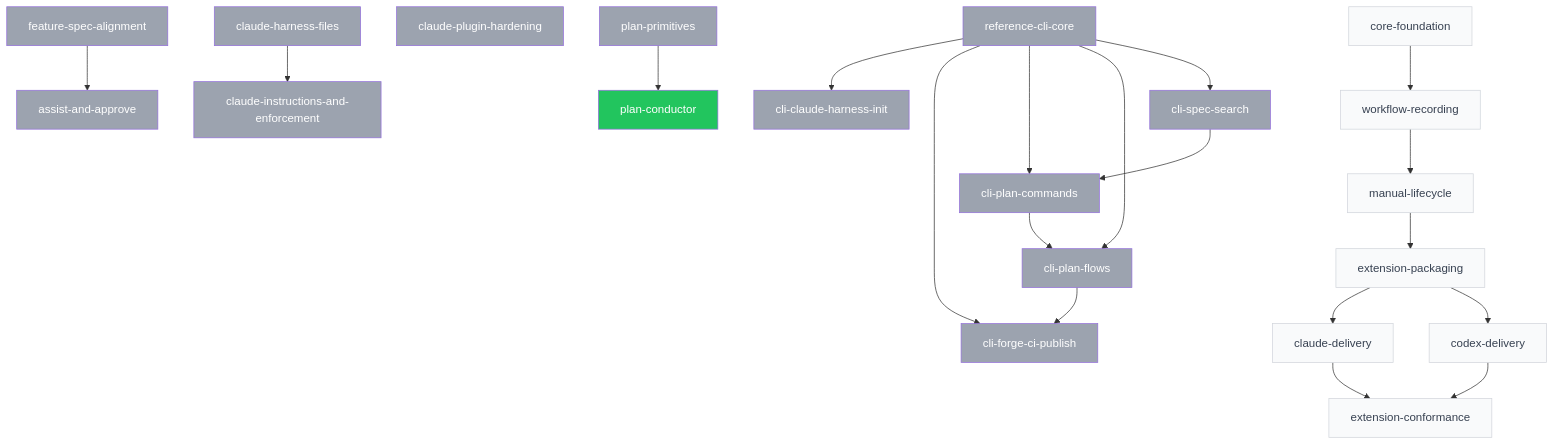
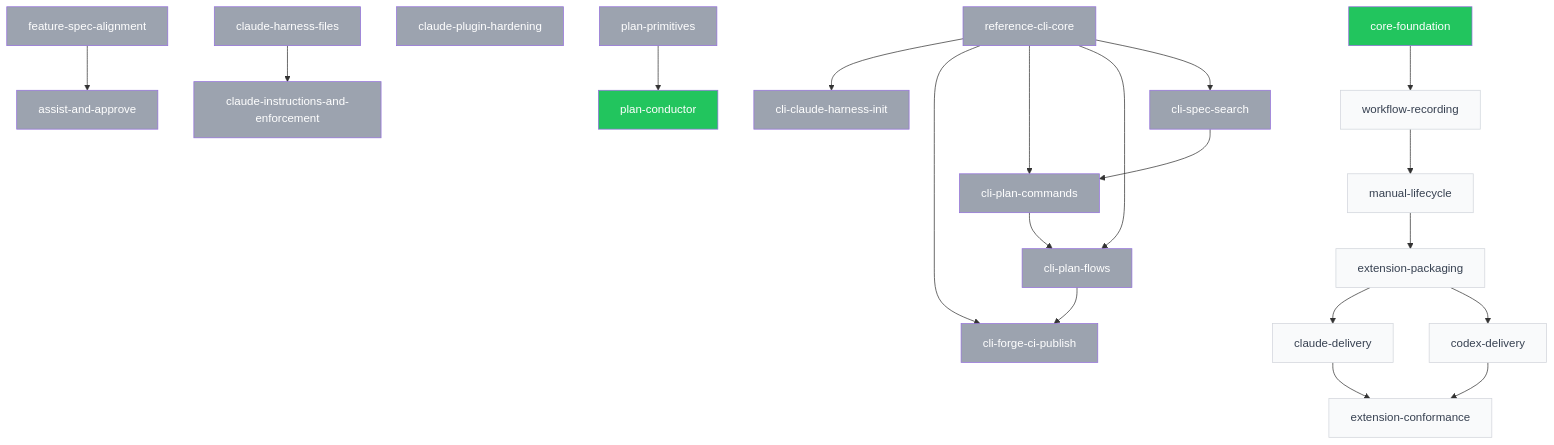
One commit to SpiralSky/specplane changed the diagram in plans/PLANS.md. Above: the diagram before and after it, drawn with Mermaid. The commit also changed other lines of this file and 1 other file, not shown here.

Commit message:
docs(2026-11-01-core-foundation): approve plan
Specplane-Workflow: approve
Specplane-Agent: codex

````diff
--- a/plans/PLANS.md
+++ b/plans/PLANS.md
@@ -37,48 +37,48 @@
 ```mermaid
 graph TD
     p_2026_10_28_reference_cli_core[reference-cli-core]:::done
     p_2026_10_29_assist_and_approve[assist-and-approve]:::done
     p_2026_10_29_claude_harness_files[claude-harness-files]:::done
     p_2026_10_29_claude_instructions_and_enforcement[claude-instructions-and-enforcement]:::done
     p_2026_10_29_claude_plugin_hardening[claude-plugin-hardening]:::done
     p_2026_10_29_cli_claude_harness_init[cli-claude-harness-init]:::done
     p_2026_10_29_cli_forge_ci_publish[cli-forge-ci-publish]:::done
     p_2026_10_29_cli_plan_commands[cli-plan-commands]:::done
     p_2026_10_29_cli_plan_flows[cli-plan-flows]:::done
     p_2026_10_29_cli_spec_search[cli-spec-search]:::done
     p_2026_10_29_feature_spec_alignment[feature-spec-alignment]:::done
     p_2026_10_30_plan_conductor[plan-conductor]:::ready
     p_2026_10_30_plan_primitives[plan-primitives]:::done
     p_2026_11_01_claude_delivery[claude-delivery]:::draft
     p_2026_11_01_codex_delivery[codex-delivery]:::draft
-    p_2026_11_01_core_foundation[core-foundation]:::draft
+    p_2026_11_01_core_foundation[core-foundation]:::ready
     p_2026_11_01_extension_conformance[extension-conformance]:::draft
     p_2026_11_01_extension_packaging[extension-packaging]:::draft
     p_2026_11_01_manual_lifecycle[manual-lifecycle]:::draft
     p_2026_11_01_workflow_recording[workflow-recording]:::draft
     p_2026_10_29_feature_spec_alignment --> p_2026_10_29_assist_and_approve
     p_2026_10_29_claude_harness_files --> p_2026_10_29_claude_instructions_and_enforcement
     p_2026_10_28_reference_cli_core --> p_2026_10_29_cli_claude_harness_init
     p_2026_10_28_reference_cli_core --> p_2026_10_29_cli_forge_ci_publish
     p_2026_10_29_cli_plan_flows --> p_2026_10_29_cli_forge_ci_publish
     p_2026_10_28_reference_cli_core --> p_2026_10_29_cli_plan_commands
     p_2026_10_29_cli_spec_search --> p_2026_10_29_cli_plan_commands
     p_2026_10_28_reference_cli_core --> p_2026_10_29_cli_plan_flows
     p_2026_10_29_cli_plan_commands --> p_2026_10_29_cli_plan_flows
     p_2026_10_28_reference_cli_core --> p_2026_10_29_cli_spec_search
     p_2026_10_30_plan_primitives --> p_2026_10_30_plan_conductor
     p_2026_11_01_extension_packaging --> p_2026_11_01_claude_delivery
     p_2026_11_01_extension_packaging --> p_2026_11_01_codex_delivery
     p_2026_11_01_claude_delivery --> p_2026_11_01_extension_conformance
     p_2026_11_01_codex_delivery --> p_2026_11_01_extension_conformance
     p_2026_11_01_manual_lifecycle --> p_2026_11_01_extension_packaging
     p_2026_11_01_workflow_recording --> p_2026_11_01_manual_lifecycle
     p_2026_11_01_core_foundation --> p_2026_11_01_workflow_recording
     classDef draft fill:#f9fafb,color:#374151,stroke:#d1d5db
     classDef ready fill:#22c55e,color:#fff
     classDef blocked fill:#ef4444,color:#fff
     classDef in_progress fill:#3b82f6,color:#fff
     classDef review fill:#60a5fa,color:#fff
     classDef done fill:#9ca3af,color:#fff
     classDef abandoned fill:#9ca3af,color:#fff,text-decoration:line-through
 ```
````
